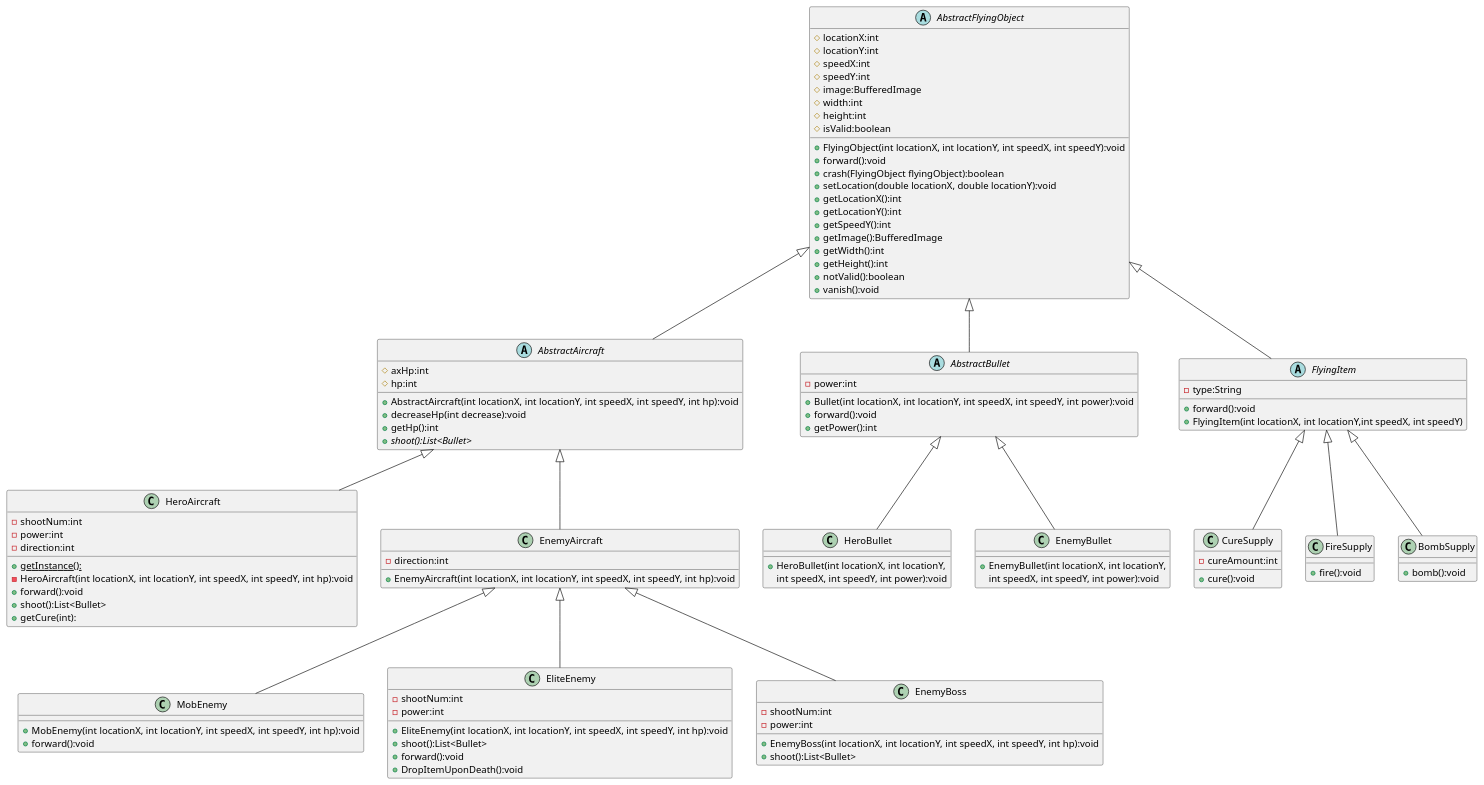
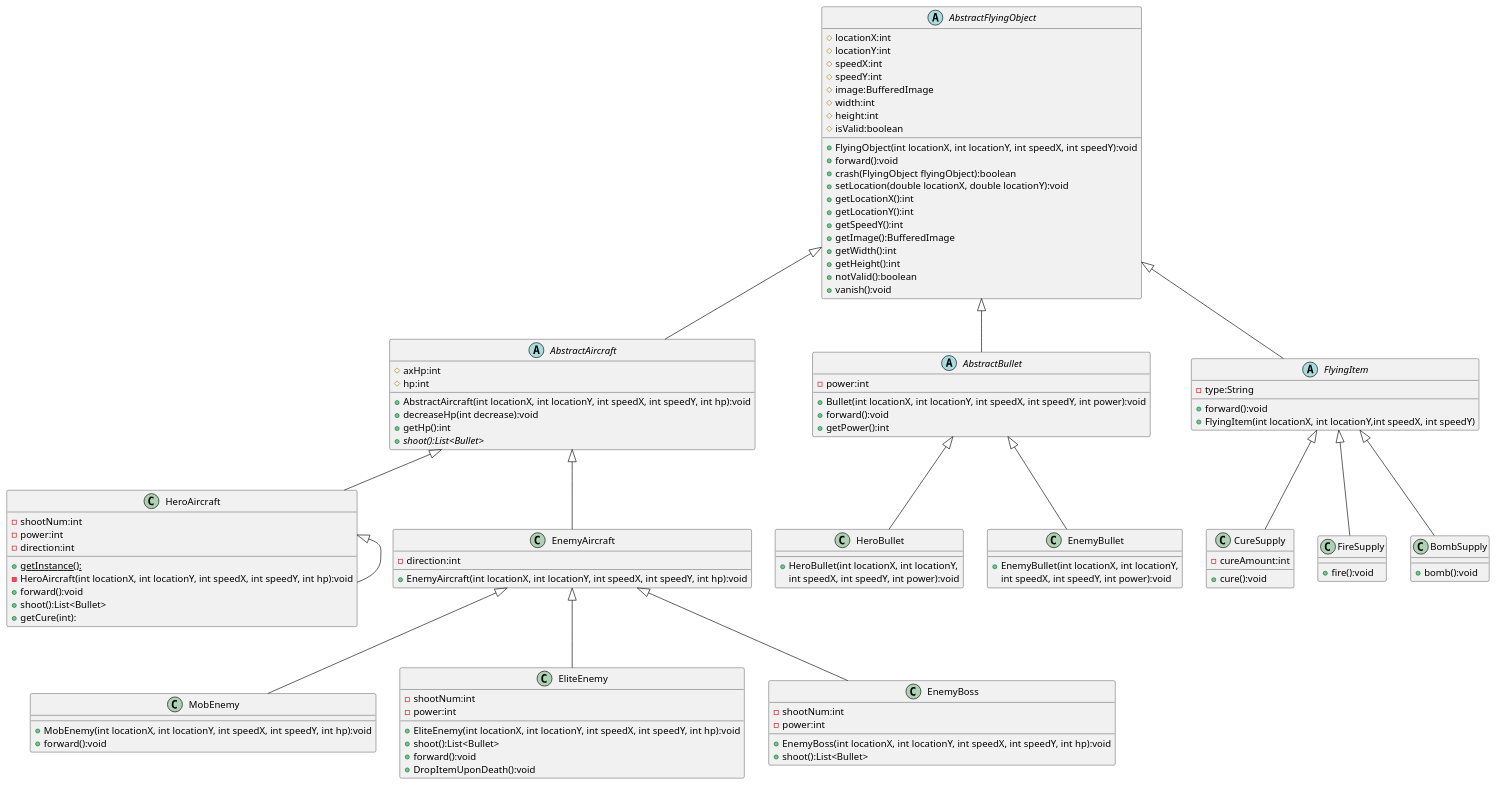
The diagram in uml/Inheritence.puml (Requalvia/AircraftWarGame), drawn with PlantUML before and after one commit. The commit also changed 12 other files, not shown here.

```diff
--- a/uml/Inheritence.puml
+++ b/uml/Inheritence.puml
@@ -1,127 +1,127 @@
 @startuml
 'https://plantuml.com/class-diagram
 
 abstract class AbstractFlyingObject
 {
     # locationX:int
     # locationY:int
     # speedX:int
     # speedY:int
     # image:BufferedImage
     # width:int
     # height:int
     # isValid:boolean
 
     + FlyingObject(int locationX, int locationY, int speedX, int speedY):void
     + forward():void
     + crash(FlyingObject flyingObject):boolean
     + setLocation(double locationX, double locationY):void
     + getLocationX():int
     + getLocationY():int
     + getSpeedY():int
     + getImage():BufferedImage
     + getWidth():int
     + getHeight():int
     + notValid():boolean
     + vanish():void
 }
 abstract class AbstractAircraft
 {
 	# axHp:int
     # hp:int
     + AbstractAircraft(int locationX, int locationY, int speedX, int speedY, int hp):void
     + decreaseHp(int decrease):void
     + getHp():int
     + {abstract} shoot():List<Bullet>
 
  }
 
 abstract class AbstractBullet
 {
     - power:int
     + Bullet(int locationX, int locationY, int speedX, int speedY, int power):void
     + forward():void
 	+ getPower():int
 }
 
 AbstractFlyingObject <|-- AbstractAircraft
 AbstractFlyingObject <|-- AbstractBullet
 
 AbstractAircraft <|-- HeroAircraft
 AbstractAircraft <|-- EnemyAircraft
 
 EnemyAircraft <|-- MobEnemy
 EnemyAircraft <|-- EliteEnemy
 EnemyAircraft <|-- EnemyBoss
 
 AbstractBullet <|-- HeroBullet
 AbstractBullet <|-- EnemyBullet
-
+HeroAircraft <|-- HeroAircraft
 class HeroAircraft {
     - shootNum:int
     - power:int
     - direction:int
     + {static} getInstance():
     - HeroAircraft(int locationX, int locationY, int speedX, int speedY, int hp):void
     + forward():void
     + shoot():List<Bullet>
     + getCure(int):
 }
 
 class EnemyAircraft{
     - direction:int
     + EnemyAircraft(int locationX, int locationY, int speedX, int speedY, int hp):void
 }
 
 
 
 class MobEnemy {
     + MobEnemy(int locationX, int locationY, int speedX, int speedY, int hp):void
     + forward():void
 }
 class EliteEnemy{
     - shootNum:int
     - power:int
     + EliteEnemy(int locationX, int locationY, int speedX, int speedY, int hp):void
     + shoot():List<Bullet>
     + forward():void
     + DropItemUponDeath():void
 
 }
 class EnemyBoss{
     - shootNum:int
     - power:int
     + EnemyBoss(int locationX, int locationY, int speedX, int speedY, int hp):void
     + shoot():List<Bullet>
 
 }
 class HeroBullet {
     + HeroBullet(int locationX, int locationY,
      int speedX, int speedY, int power):void
 }
 
 class EnemyBullet {
     + EnemyBullet(int locationX, int locationY,
      int speedX, int speedY, int power):void
 }
 AbstractFlyingObject <|-- FlyingItem
 abstract class FlyingItem{
     - type:String
     +forward():void
     + FlyingItem(int locationX, int locationY,int speedX, int speedY)
 
 }
 FlyingItem <|-- CureSupply
 FlyingItem <|-- FireSupply
 FlyingItem <|-- BombSupply
 class CureSupply{
     -cureAmount:int
     +cure():void
 }
 class FireSupply{
     +fire():void
 }
 class BombSupply{
     +bomb():void
 }
 @enduml
```
